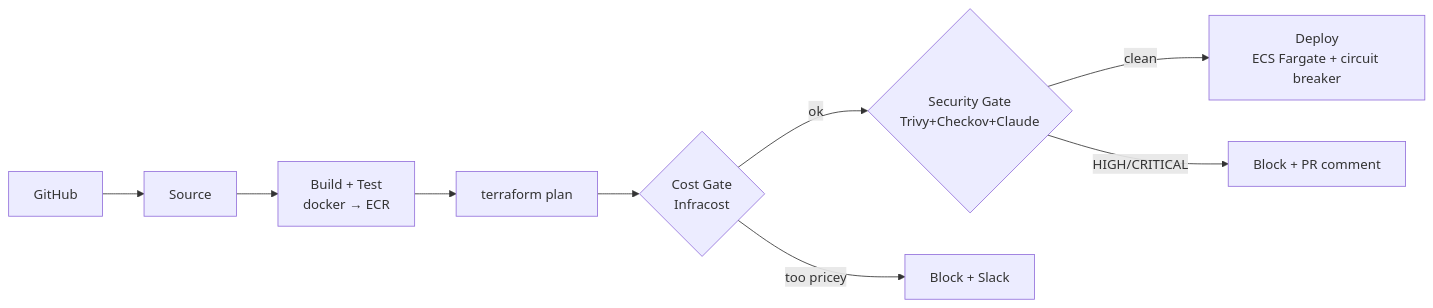
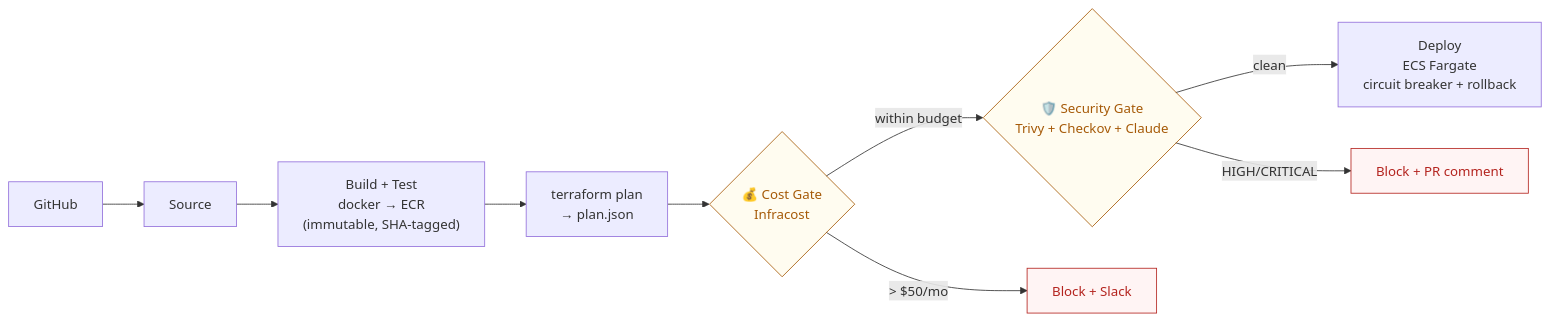
Before and after one commit to amdhd/pipelineguard: the diagram in README.md, drawn with Mermaid. The commit also changed other lines of this file and 15 other files, not shown here.

First line of the commit message:
Reframe README, container-image security gate, dev-only + deploy scripts

````diff
--- a/README.md
+++ b/README.md
@@ -16,11 +30,16 @@
 ```mermaid
 flowchart LR
     GH[GitHub] --> Src[Source]
-    Src --> BT[Build + Test<br/>docker → ECR]
-    BT --> Plan[terraform plan]
-    Plan --> CG{Cost Gate<br/>Infracost}
-    CG -->|ok| SG{Security Gate<br/>Trivy+Checkov+Claude}
-    SG -->|clean| Dep[Deploy<br/>ECS Fargate + circuit breaker]
-    CG -->|too pricey| X1[Block + Slack]
+    Src --> BT["Build + Test<br/>docker → ECR<br/>(immutable, SHA-tagged)"]
+    BT --> Plan[terraform plan<br/>→ plan.json]
+    Plan --> CG{"💰 Cost Gate<br/>Infracost"}
+    CG -->|within budget| SG{"🛡️ Security Gate<br/>Trivy + Checkov + Claude"}
+    SG -->|clean| Dep["Deploy<br/>ECS Fargate<br/>circuit breaker + rollback"]
+    CG -->|"> $50/mo"| X1[Block + Slack]
     SG -->|HIGH/CRITICAL| X2[Block + PR comment]
+
+    classDef gate fill:#fde68a20,stroke:#a65a08,color:#a65a08;
+    classDef stop fill:#fca5a520,stroke:#b4241f,color:#b4241f;
+    class CG,SG gate;
+    class X1,X2 stop;
 ```
````
